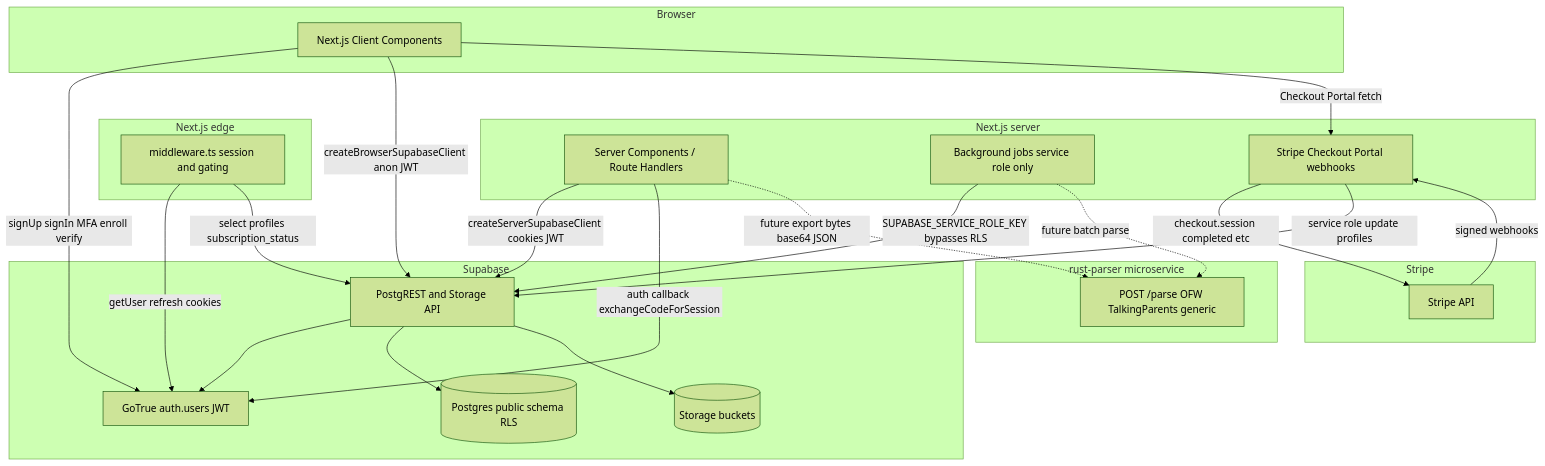
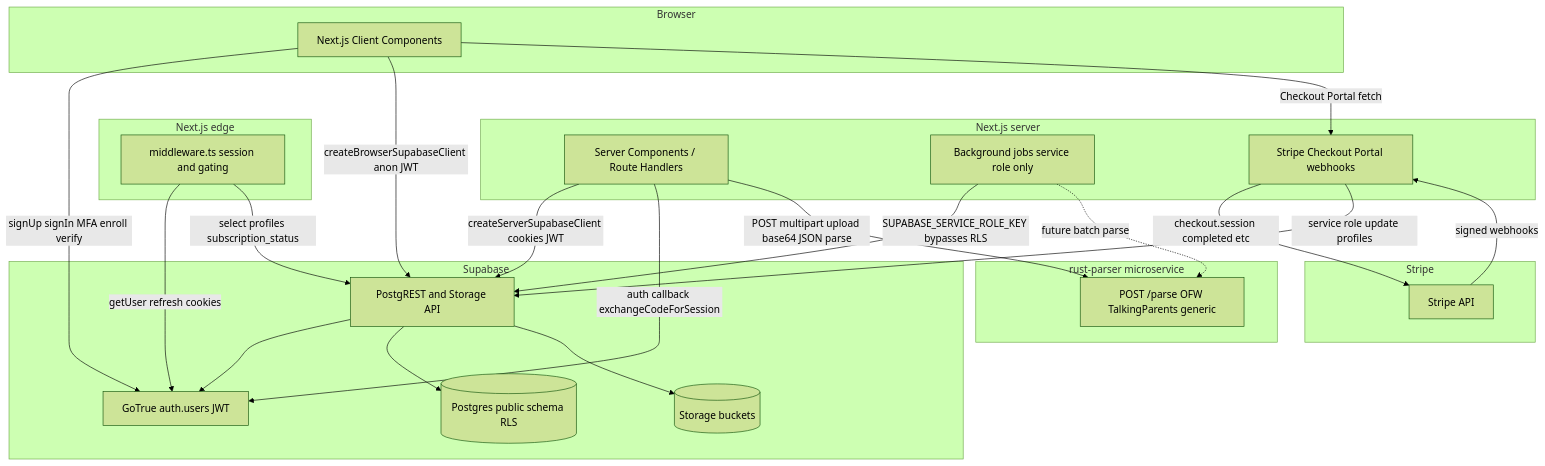
The diagram in DATA_FLOW.md (protektiq/arbor), drawn with Mermaid (forest theme) before and after one commit. The commit also changed other lines of this file and 12 other files, not shown here.

````diff
--- a/DATA_FLOW.md
+++ b/DATA_FLOW.md
@@ -5,42 +5,42 @@
 ```mermaid
 flowchart TB
   subgraph client [Browser]
     nextClient[Next.js Client Components]
   end
   subgraph edge [Next.js edge]
     mw[middleware.ts session and gating]
   end
   subgraph server [Next.js server]
     rsc[Server Components / Route Handlers]
     jobs[Background jobs service role only]
     stripeApi[Stripe Checkout Portal webhooks]
   end
   subgraph parser [rust-parser microservice]
     rustParse[POST /parse OFW TalkingParents generic]
   end
   subgraph stripe [Stripe]
     stripeHost[Stripe API]
   end
   subgraph supa [Supabase]
     auth[GoTrue auth.users JWT]
     api[PostgREST and Storage API]
     pg[(Postgres public schema RLS)]
     st[(Storage buckets)]
   end
   nextClient -->|signUp signIn MFA enroll verify| auth
   nextClient -->|createBrowserSupabaseClient anon JWT| api
   nextClient -->|Checkout Portal fetch| stripeApi
   mw -->|getUser refresh cookies| auth
   mw -->|select profiles subscription_status| api
   rsc -->|createServerSupabaseClient cookies JWT| api
   rsc -->|auth callback exchangeCodeForSession| auth
   stripeApi -->|checkout.session completed etc| stripeHost
   stripeHost -->|signed webhooks| stripeApi
   stripeApi -->|service role update profiles| api
   jobs -->|SUPABASE_SERVICE_ROLE_KEY bypasses RLS| api
-  rsc -.->|future export bytes base64 JSON| rustParse
+  rsc -->|POST multipart upload base64 JSON parse| rustParse
   jobs -.->|future batch parse| rustParse
   api --> auth
   api --> pg
   api --> st
 ```
````
